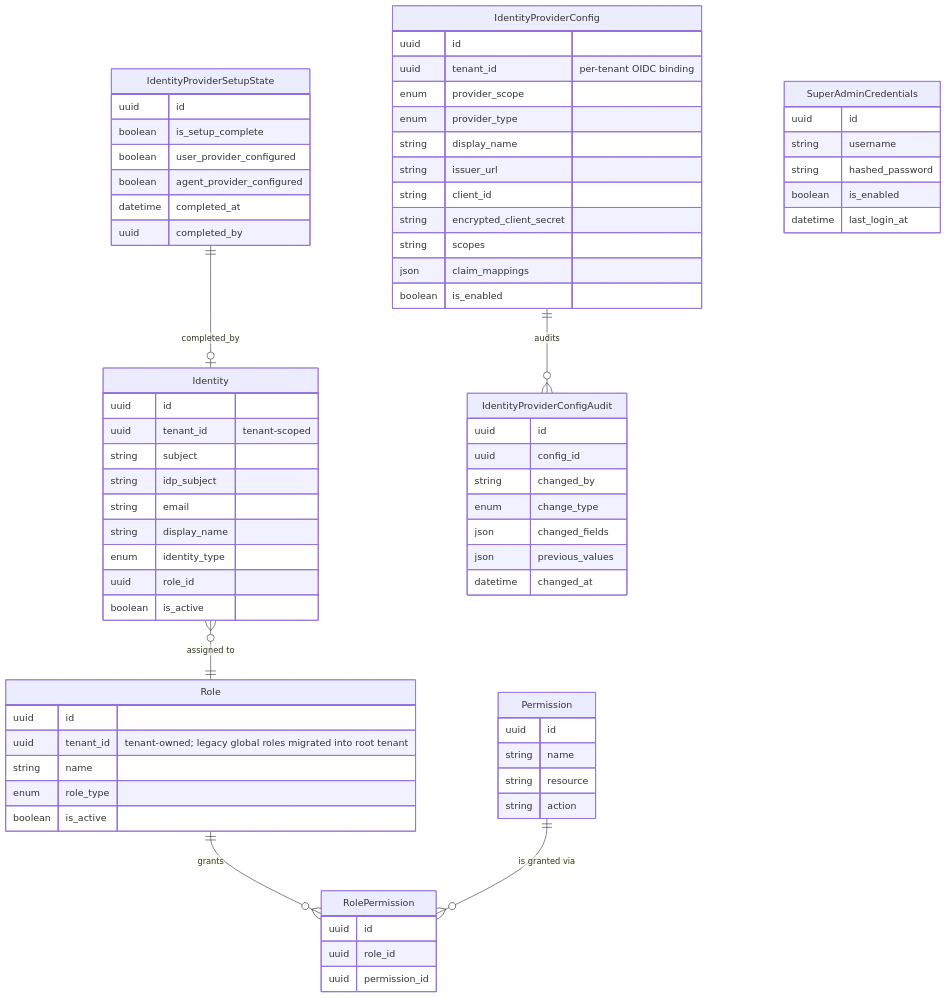
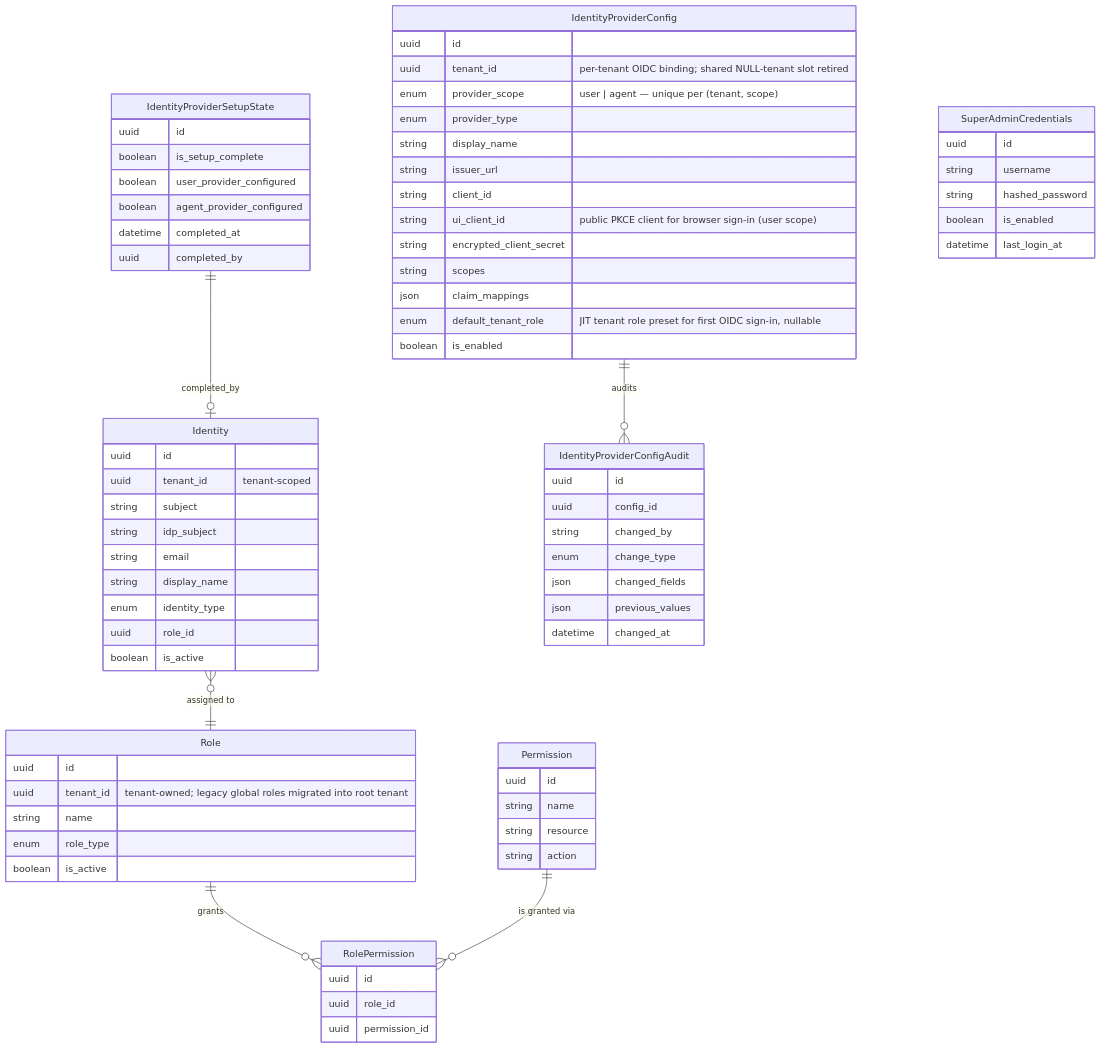
Before and after one commit to hurungang/parthenon: the third of 14 diagrams in docs/master/data-model/overview.md, drawn with Mermaid. The commit also changed other lines of this file and 231 other files, not shown here.

````diff
--- a/docs/master/data-model/overview.md
+++ b/docs/master/data-model/overview.md
@@ -143,75 +143,77 @@
 ```mermaid
 erDiagram
     Identity {
         uuid id
         uuid tenant_id "tenant-scoped"
         string subject
         string idp_subject
         string email
         string display_name
         enum identity_type
         uuid role_id
         boolean is_active
     }
     Role {
         uuid id
         uuid tenant_id "tenant-owned; legacy global roles migrated into root tenant"
         string name
         enum role_type
         boolean is_active
     }
     Permission {
         uuid id
         string name
         string resource
         string action
     }
     RolePermission {
         uuid id
         uuid role_id
         uuid permission_id
     }
     IdentityProviderConfig {
         uuid id
-        uuid tenant_id "per-tenant OIDC binding"
-        enum provider_scope
+        uuid tenant_id "per-tenant OIDC binding; shared NULL-tenant slot retired"
+        enum provider_scope "user | agent — unique per (tenant, scope)"
         enum provider_type
         string display_name
         string issuer_url
         string client_id
+        string ui_client_id "public PKCE client for browser sign-in (user scope)"
         string encrypted_client_secret
         string scopes
         json claim_mappings
+        enum default_tenant_role "JIT tenant role preset for first OIDC sign-in, nullable"
         boolean is_enabled
     }
     IdentityProviderConfigAudit {
         uuid id
         uuid config_id
         string changed_by
         enum change_type
         json changed_fields
         json previous_values
         datetime changed_at
     }
     IdentityProviderSetupState {
         uuid id
         boolean is_setup_complete
         boolean user_provider_configured
         boolean agent_provider_configured
         datetime completed_at
         uuid completed_by
     }
     SuperAdminCredentials {
         uuid id
         string username
         string hashed_password
         boolean is_enabled
         datetime last_login_at
     }
 
     Identity }o--|| Role : "assigned to"
     Role ||--o{ RolePermission : "grants"
     Permission ||--o{ RolePermission : "is granted via"
     IdentityProviderConfig ||--o{ IdentityProviderConfigAudit : "audits"
     IdentityProviderSetupState ||--o| Identity : "completed_by"
 ```
````
